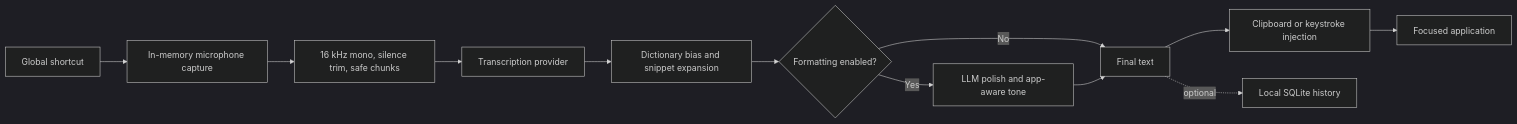
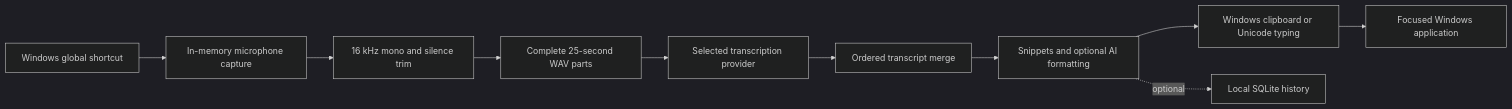
The diagram in README.md (Vkandil/dictum), drawn with Mermaid (dark theme) before and after one commit. The commit also changed other lines of this file and 32 other files, not shown here.

````diff
--- a/README.md
+++ b/README.md
@@ -330,14 +285,12 @@
 ```mermaid
 flowchart LR
-    A[Global shortcut] --> B[In-memory microphone capture]
-    B --> C[16 kHz mono, silence trim, safe chunks]
-    C --> D[Transcription provider]
-    D --> E[Dictionary bias and snippet expansion]
-    E --> F{Formatting enabled?}
-    F -->|Yes| G[LLM polish and app-aware tone]
-    F -->|No| H[Final text]
-    G --> H
-    H --> I[Clipboard or keystroke injection]
-    I --> J[Focused application]
-    H -. optional .-> K[Local SQLite history]
+    A[Windows global shortcut] --> B[In-memory microphone capture]
+    B --> C[16 kHz mono and silence trim]
+    C --> D[Complete 25-second WAV parts]
+    D --> E[Selected transcription provider]
+    E --> F[Ordered transcript merge]
+    F --> G[Snippets and optional AI formatting]
+    G --> H[Windows clipboard or Unicode typing]
+    H --> I[Focused Windows application]
+    G -. optional .-> J[Local SQLite history]
 ```
````
